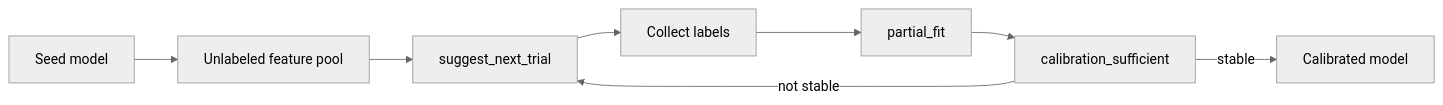
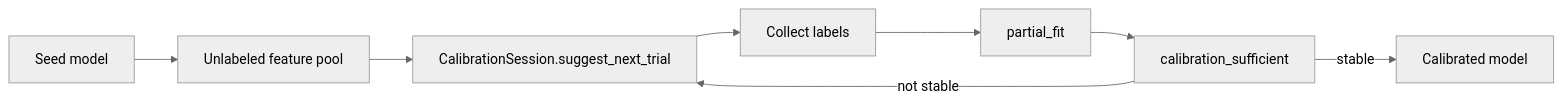
Before and after one commit to nimbusbci/nimbusSDKdocs: the diagram in python-sdk/active-learning.mdx, drawn with Mermaid (neutral theme). The commit also changed other lines of this file and 4 other files, not shown here.

First line of the commit message:
docs: document CalibrationSession workflow

````diff
--- a/python-sdk/active-learning.mdx
+++ b/python-sdk/active-learning.mdx
@@ -20,10 +20,10 @@
 ```mermaid
 flowchart LR
     seedModel["Seed model"] --> unlabeledPool["Unlabeled feature pool"]
-    unlabeledPool --> rankTrials["suggest_next_trial"]
+    unlabeledPool --> rankTrials["CalibrationSession.suggest_next_trial"]
     rankTrials --> labelTrials["Collect labels"]
     labelTrials --> updateModel["partial_fit"]
     updateModel --> stopCheck["calibration_sufficient"]
     stopCheck -->|"not stable"| rankTrials
     stopCheck -->|"stable"| calibratedModel["Calibrated model"]
 ```
````
